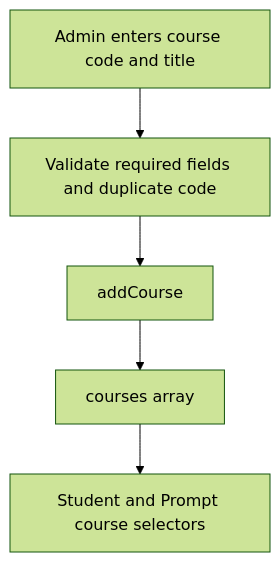
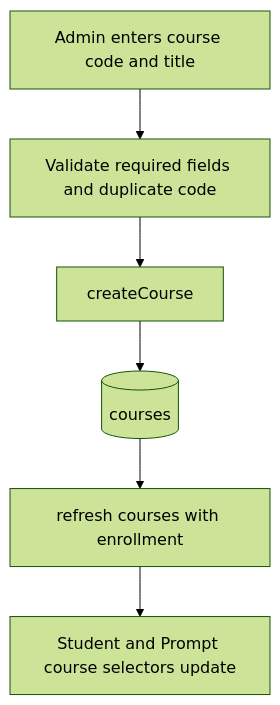
One commit to muhammadjamshed7/Assignmentwork changed the sixth of 16 diagrams in SYSTEM_FLOW.md. Above: the diagram before and after it, drawn with Mermaid (forest theme). The commit also changed other lines of this file and 56 other files, not shown here.

````diff
--- a/SYSTEM_FLOW.md
+++ b/SYSTEM_FLOW.md
@@ -116,7 +195,8 @@
 ```mermaid
 flowchart TD
   Admin[Admin enters course code and title] --> Validate[Validate required fields and duplicate code]
-  Validate --> AddCourse[addCourse]
-  AddCourse --> StoreCourses[courses array]
-  StoreCourses --> CourseSelectors[Student and Prompt course selectors]
+  Validate --> CreateCourse[createCourse]
+  CreateCourse --> CoursesTable[(courses)]
+  CoursesTable --> Refresh[refresh courses with enrollment]
+  Refresh --> CourseSelectors[Student and Prompt course selectors update]
 ```
````
